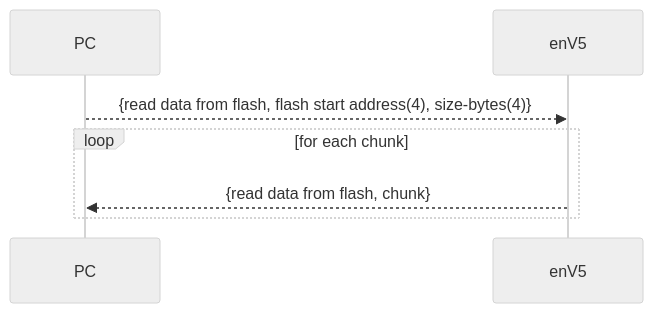
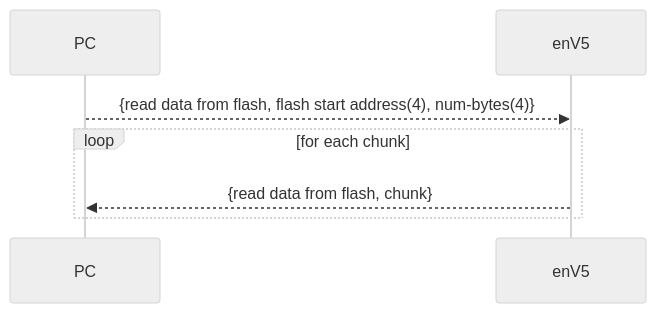
One commit to es-ude/elastic-ai.runtime.enV5 changed the sixth of 10 diagrams in python_utils/usb/README.adoc. Above: the diagram before and after it, drawn with Mermaid (neutral theme). The commit also changed other lines of this file, not shown here.

```diff
--- a/python_utils/usb/README.adoc
+++ b/python_utils/usb/README.adoc
@@ -90,8 +89,8 @@
 [mermaid]
 ....
 sequenceDiagram
-    PC-->>enV5: {read data from flash, flash start address(4), size-bytes(4)}
+    PC-->>enV5: {read data from flash, flash start address(4), num-bytes(4)}
     loop for each chunk
     enV5-->>PC: {read data from flash, chunk}
     end
 ....
```
